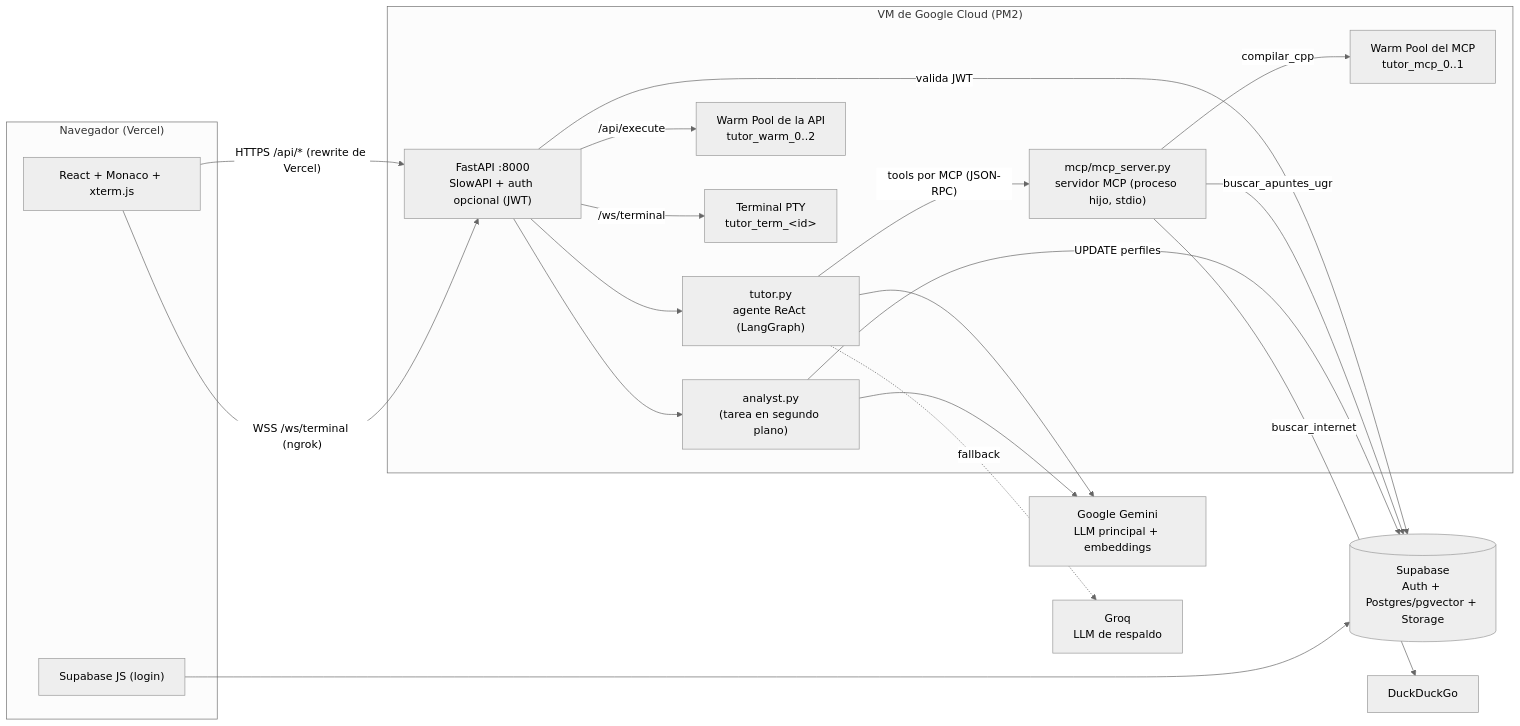
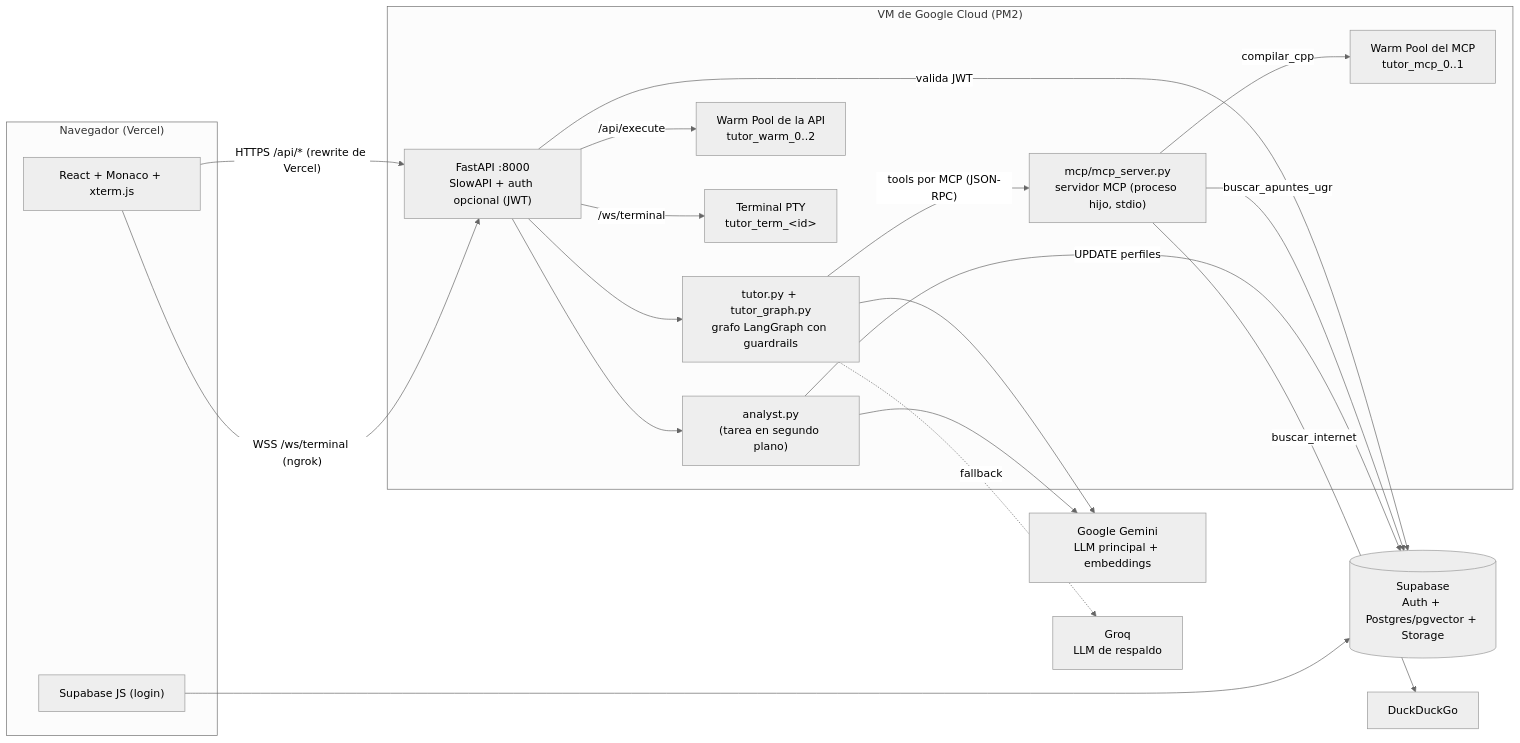
The first of 4 diagrams in README.md (LuisArrabalGutierrez/tutor-ai), drawn with Mermaid (neutral theme) before and after one commit. The commit also changed other lines of this file and 7 other files, not shown here.

First line of the commit message:
feat(tutor): grafo propio de LangGraph con guardrails de entrada y salida

````diff
--- a/README.md
+++ b/README.md
@@ -13,39 +13,39 @@
 ```mermaid
 flowchart LR
     subgraph Navegador["Navegador (Vercel)"]
         UI["React + Monaco + xterm.js"]
         SB["Supabase JS (login)"]
     end
 
     subgraph VM["VM de Google Cloud (PM2)"]
         API["FastAPI :8000<br/>SlowAPI + auth opcional (JWT)"]
-        TUTOR["tutor.py<br/>agente ReAct (LangGraph)"]
+        TUTOR["tutor.py + tutor_graph.py<br/>grafo LangGraph con guardrails"]
         MCP["mcp/mcp_server.py<br/>servidor MCP (proceso hijo, stdio)"]
         POOLA["Warm Pool de la API<br/>tutor_warm_0..2"]
         POOLM["Warm Pool del MCP<br/>tutor_mcp_0..1"]
         TERM["Terminal PTY<br/>tutor_term_&lt;id&gt;"]
         AN["analyst.py<br/>(tarea en segundo plano)"]
     end
 
     SUP[("Supabase<br/>Auth + Postgres/pgvector + Storage")]
     GEM["Google Gemini<br/>LLM principal + embeddings"]
     GRQ["Groq<br/>LLM de respaldo"]
     DDG["DuckDuckGo"]
 
     UI -- "HTTPS /api/* (rewrite de Vercel)" --> API
     UI -- "WSS /ws/terminal (ngrok)" --> API
     SB --> SUP
     API --> TUTOR
     API --> AN
     API -- "valida JWT" --> SUP
     TUTOR -- "tools por MCP (JSON-RPC)" --> MCP
     MCP -- "buscar_apuntes_ugr" --> SUP
     MCP -- "compilar_cpp" --> POOLM
     MCP -- "buscar_internet" --> DDG
     TUTOR --> GEM
     TUTOR -. "fallback" .-> GRQ
     AN --> GEM
     AN -- "UPDATE perfiles" --> SUP
     API -- "/api/execute" --> POOLA
     API -- "/ws/terminal" --> TERM
 ```
````
